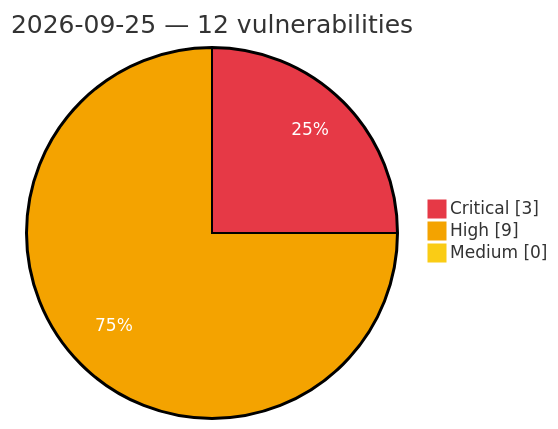
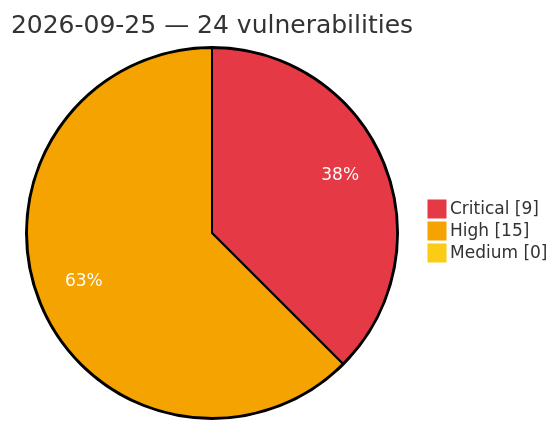
Before and after one commit to GhostX0X/vuln-tracker: the diagram in vulnerabilities/2026/September/2026-09-25.md, drawn with Mermaid. The commit also changed other lines of this file and 5 other files, not shown here.

Commit message:
Auto update: critical/high vulns (2026-09-25 15:48 UTC)

````diff
--- a/vulnerabilities/2026/September/2026-09-25.md
+++ b/vulnerabilities/2026/September/2026-09-25.md
@@ -3,8 +3,8 @@
 ```mermaid
 %%{init: {'theme':'base', 'themeVariables': {'pie1':'#e63946', 'pie2':'#f4a300', 'pie3':'#facc15', 'pieOpacity':'1', 'pieOuterStrokeWidth':'2px', 'pieSectionTextColor':'#ffffff'}}}%%
 pie showData
-    title 2026-09-25 — 12 vulnerabilities
-    "Critical" : 3
-    "High" : 9
+    title 2026-09-25 — 24 vulnerabilities
+    "Critical" : 9
+    "High" : 15
     "Medium" : 0
 ```
````
